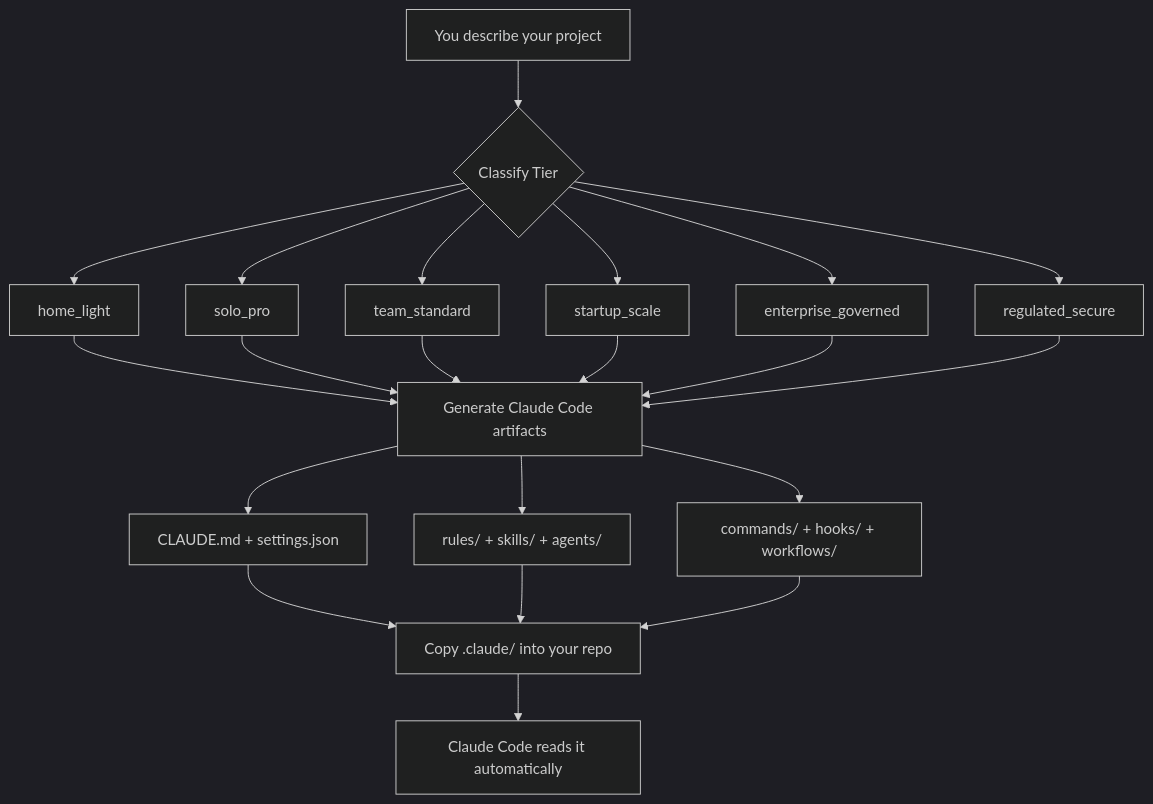
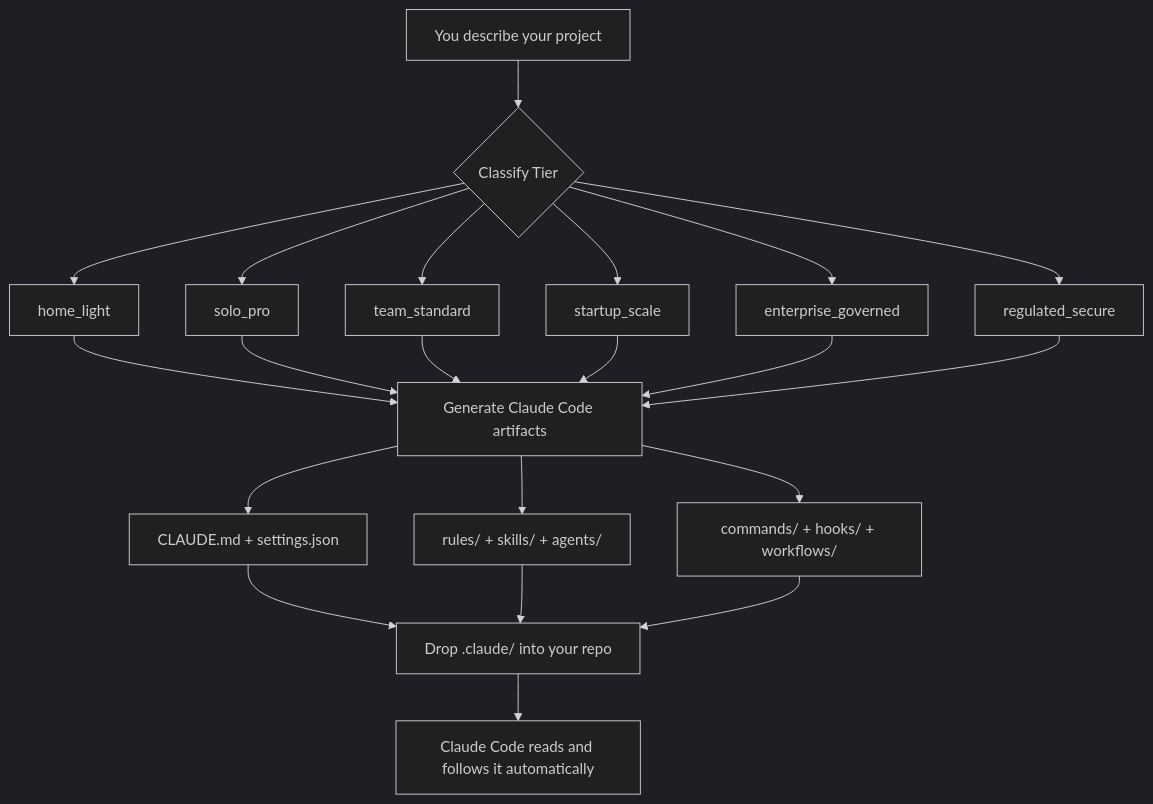
One commit to JackSmack1971/claude-wizardry changed the diagram in README.md. Above: the diagram before and after it, drawn with Mermaid (dark theme). The commit also changed other lines of this file and 1 other file, not shown here.

````diff
--- a/README.md
+++ b/README.md
@@ -198,16 +205,16 @@
 ```mermaid
 graph TD
     A[You describe your project] --> B{Classify Tier}
     B --> C[home_light]
     B --> D[solo_pro]
     B --> E[team_standard]
     B --> F[startup_scale]
     B --> G[enterprise_governed]
     B --> H[regulated_secure]
     C & D & E & F & G & H --> I[Generate Claude Code artifacts]
     I --> J[CLAUDE.md + settings.json]
     I --> K[rules/ + skills/ + agents/]
     I --> L[commands/ + hooks/ + workflows/]
-    J & K & L --> M[Copy .claude/ into your repo]
-    M --> N[Claude Code reads it automatically]
+    J & K & L --> M[Drop .claude/ into your repo]
+    M --> N[Claude Code reads and follows it automatically]
 ```
````
